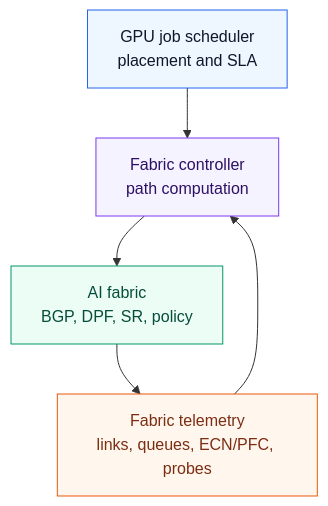
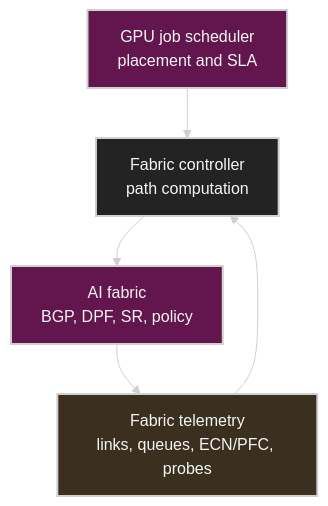
The ninth of 11 diagrams in ai-data-center-network/chap08/README.md (ziwon/ai-data-center-network), drawn with Mermaid before and after one commit. The commit also changed other lines of this file and 35 other files, not shown here.

Commit message:
docs(mermaid): apply dark diagram style

````diff
--- a/ai-data-center-network/chap08/README.md
+++ b/ai-data-center-network/chap08/README.md
@@ -710,17 +718,18 @@
 ```mermaid
+%%{init: {"theme": "base", "themeVariables": {"background": "#171717", "primaryColor": "#232323", "primaryTextColor": "#f5f5f5", "primaryBorderColor": "#d0d0d0", "lineColor": "#cfcfcf", "fontFamily": "Inter, Arial, sans-serif"}}}%%
 flowchart TB
-    classDef scheduler fill:#eef6ff,stroke:#2563eb,color:#0f172a
-    classDef telemetry fill:#fff7ed,stroke:#ea580c,color:#7c2d12
-    classDef controller fill:#f5f3ff,stroke:#7c3aed,color:#2e1065
-    classDef fabric fill:#ecfdf5,stroke:#059669,color:#064e3b
+    classDef scheduler fill:#62164d,stroke:#d0d0d0,color:#f5f5f5,stroke-width:2px;
+    classDef telemetry fill:#3b2f20,stroke:#d0d0d0,color:#f5f5f5,stroke-width:2px;
+    classDef controller fill:#232323,stroke:#d0d0d0,color:#f5f5f5,stroke-width:2px;
+    classDef fabric fill:#62164d,stroke:#d0d0d0,color:#f5f5f5,stroke-width:2px;
 
     J[GPU job scheduler<br/>placement and SLA]:::scheduler
     T[Fabric telemetry<br/>links, queues, ECN/PFC, probes]:::telemetry
     C[Fabric controller<br/>path computation]:::controller
     F[AI fabric<br/>BGP, DPF, SR, policy]:::fabric
 
     J --> C
     T --> C
     C --> F
     F --> T
 ```
````
